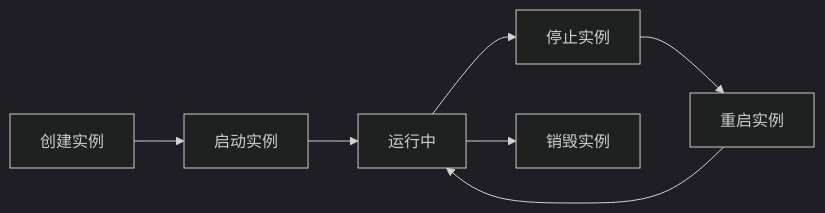
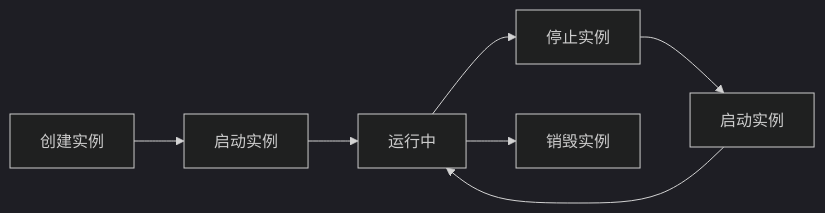
Before and after one commit to tttmck/docs: the diagram in api-reference/introduction.mdx, drawn with Mermaid (dark theme). The commit also changed other lines of this file and 14 other files, not shown here.

````diff
--- a/api-reference/introduction.mdx
+++ b/api-reference/introduction.mdx
@@ -70,9 +66,9 @@
 ```mermaid
 graph LR
     A[创建实例] --> B[启动实例]
     B --> C[运行中]
     C --> D[停止实例]
-    D --> E[重启实例]
+    D --> E[启动实例]
     E --> C
     C --> F[销毁实例]
 ```
````
